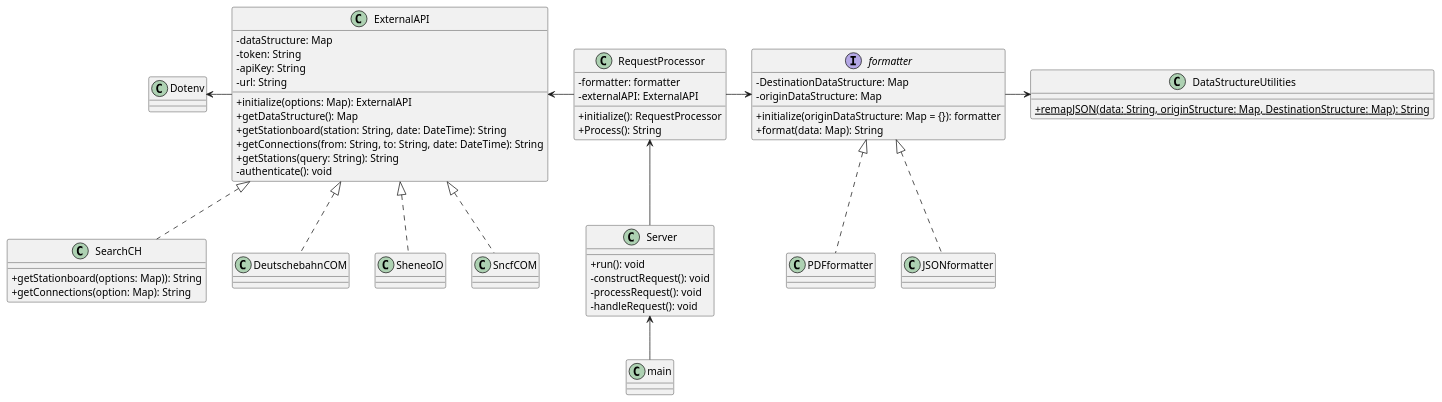
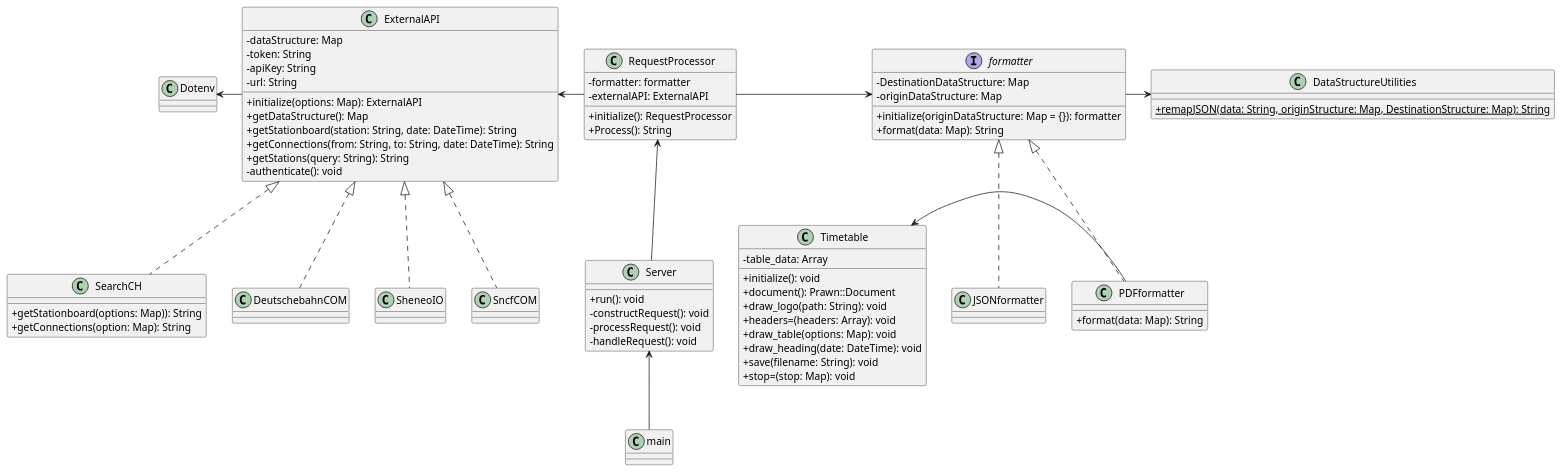
Before and after one commit to CPNV-ES-BI1-RIA2-ETL-INTERNAL-SOURCE/DATA-GENERATOR-ETL: the diagram in docs/classDiagram.puml, drawn with PlantUML.

Commit message:
docs: add the timetable template structure

```diff
--- a/docs/classDiagram.puml
+++ b/docs/classDiagram.puml
@@ -1,86 +1,102 @@
 @startuml Data Generator
 skinparam classAttributeIconSize 0
 
 class Server{
 + run(): void
 - constructRequest(): void
 - processRequest(): void
 - handleRequest(): void
 }
 
 class RequestProcessor{
     - formatter: formatter
     - externalAPI: ExternalAPI
     + initialize(): RequestProcessor
     + Process(): String
 }
 
 class ExternalAPI{
     - dataStructure: Map
     - token: String
     - apiKey: String
     - url: String
     + initialize(options: Map): ExternalAPI
     + getDataStructure(): Map
     + getStationboard(station: String, date: DateTime): String
     + getConnections(from: String, to: String, date: DateTime): String
     + getStations(query: String): String
     - authenticate(): void
 }
 
 class SearchCH{
     + getStationboard(options: Map)): String
     + getConnections(option: Map): String
 }
 
 interface formatter{
     - DestinationDataStructure: Map
     - originDataStructure: Map
     + initialize(originDataStructure: Map = {}): formatter
     + format(data: Map): String
 }
 
 class DataStructureUtilities{
     + {static} remapJSON(data: String, originStructure: Map, DestinationStructure: Map): String
 }
 
 class DeutschebahnCOM {
 }
 
 class SheneoIO {
 }
 
 class SncfCOM{
 }
 
 class JSONformatter{
 }
 
 class PDFformatter{
+    + format(data: Map): String
 }
+
+class Timetable {
+  - table_data: Array
+  + initialize(): void
+  + document(): Prawn::Document
+  + draw_logo(path: String): void
+  + headers=(headers: Array): void
+  + draw_table(options: Map): void
+  + draw_heading(date: DateTime): void
+  + save(filename: String): void
+  + stop=(stop: Map): void
+}
+
 
 class Dotenv{
 }
 
 RequestProcessor -right-> formatter
 formatter <|.. JSONformatter
 formatter <|.. PDFformatter
 
 formatter -right->DataStructureUtilities
+
+PDFformatter -left-> Timetable
 
 
 SearchCH .up.|> ExternalAPI
 DeutschebahnCOM .up.|> ExternalAPI
 SheneoIO .up.|> ExternalAPI
 SncfCOM .up.|> ExternalAPI
 
 Server -up-> RequestProcessor
 RequestProcessor -left-> ExternalAPI
 
 'Dotenv file not a class
 ExternalAPI -left-> Dotenv
 
 'Main will be just a file, maybe called index, doesn't really matter
 main -up-> Server
 
 @enduml
```
